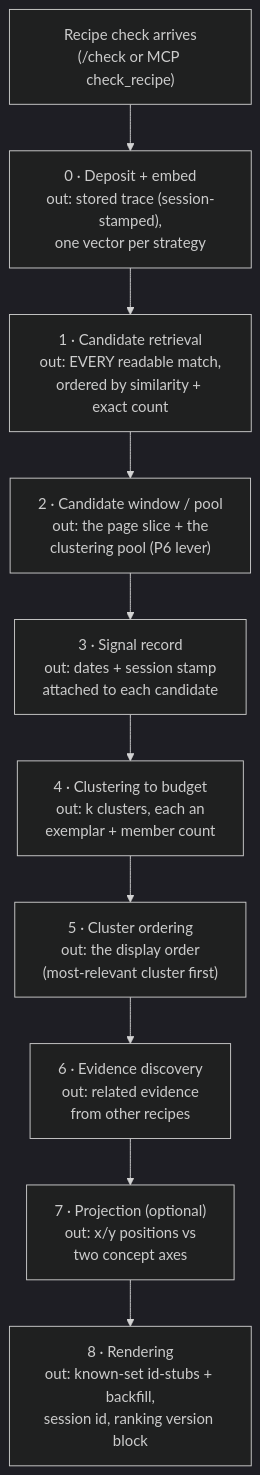
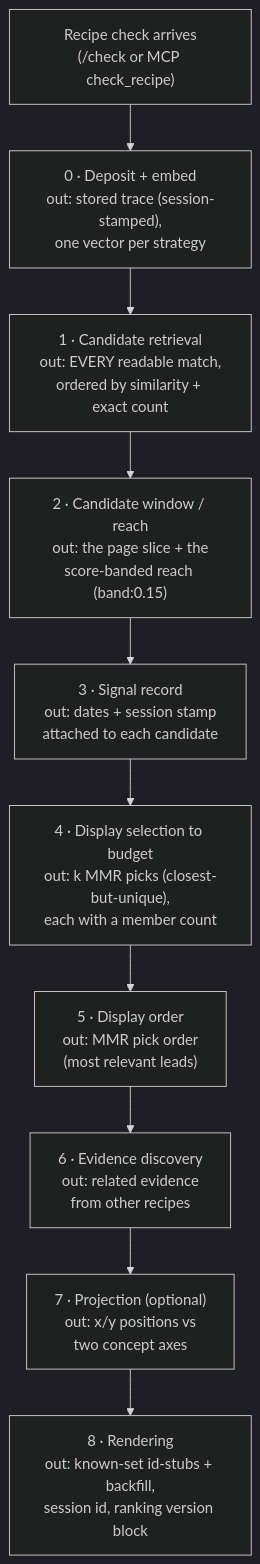
Before and after one commit to AndyForest/SoupNet: the diagram in docs/architecture/ranking-engine.md, drawn with Mermaid (dark theme). The commit also changed other lines of this file and 4 other files, not shown here.

````diff
--- a/docs/architecture/ranking-engine.md
+++ b/docs/architecture/ranking-engine.md
@@ -31,12 +31,12 @@
 ```mermaid
 flowchart TD
     A["Recipe check arrives<br/>(/check or MCP check_recipe)"] --> B["0 · Deposit + embed<br/>out: stored trace (session-stamped),<br/>one vector per strategy"]
     B --> C["1 · Candidate retrieval<br/>out: EVERY readable match,<br/>ordered by similarity + exact count"]
-    C --> E["2 · Candidate window / pool<br/>out: the page slice + the<br/>clustering pool (P6 lever)"]
+    C --> E["2 · Candidate window / reach<br/>out: the page slice + the<br/>score-banded reach (band:0.15)"]
     E --> F["3 · Signal record<br/>out: dates + session stamp<br/>attached to each candidate"]
-    F --> G["4 · Clustering to budget<br/>out: k clusters, each an<br/>exemplar + member count"]
-    G --> H["5 · Cluster ordering<br/>out: the display order<br/>(most-relevant cluster first)"]
+    F --> G["4 · Display selection to budget<br/>out: k MMR picks (closest-but-unique),<br/>each with a member count"]
+    G --> H["5 · Display order<br/>out: MMR pick order<br/>(most relevant leads)"]
     H --> I["6 · Evidence discovery<br/>out: related evidence<br/>from other recipes"]
     I --> J["7 · Projection (optional)<br/>out: x/y positions vs<br/>two concept axes"]
     J --> K["8 · Rendering<br/>out: known-set id-stubs + backfill,<br/>session id, ranking version block"]
 ```
````
